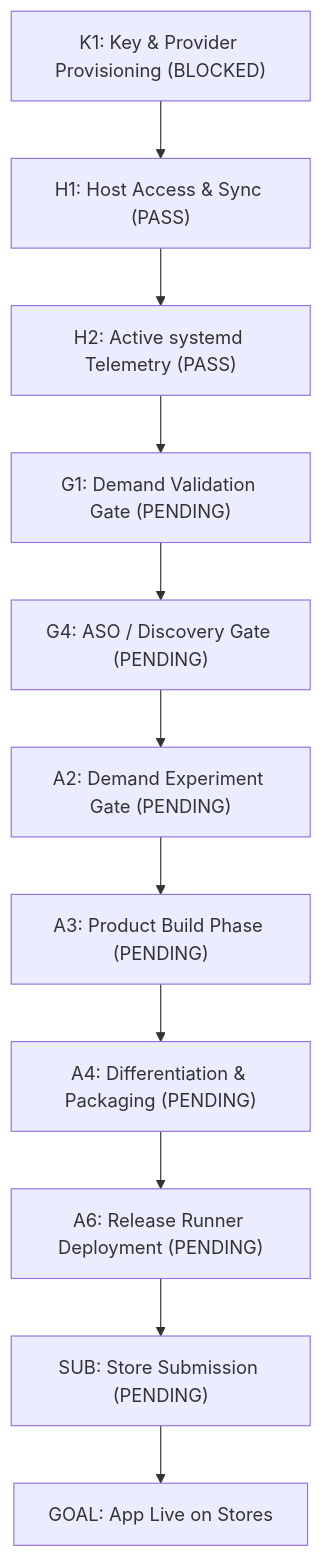
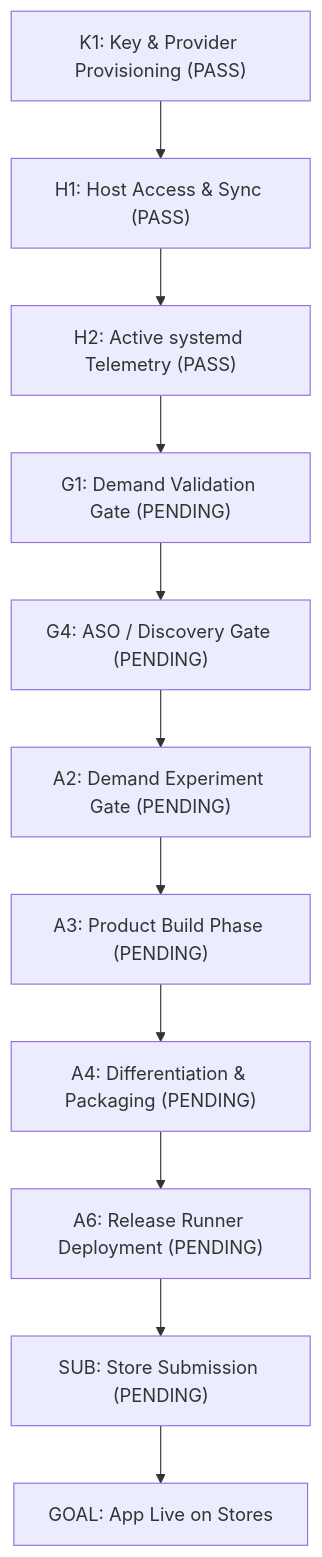
The diagram in docs/pert/CONSUMER_APPSTORE_PERT_TO_GOAL.md (hochster71/hoch_agent_swarm), drawn with Mermaid before and after one commit. The commit also changed other lines of this file and 120 other files, not shown here.

````diff
--- a/docs/pert/CONSUMER_APPSTORE_PERT_TO_GOAL.md
+++ b/docs/pert/CONSUMER_APPSTORE_PERT_TO_GOAL.md
@@ -9,25 +9,25 @@
 ```mermaid
 graph TD
-  K1["K1: Key & Provider Provisioning (BLOCKED)"]
+  K1["K1: Key & Provider Provisioning (PASS)"]
   H1["H1: Host Access & Sync (PASS)"]
   H2["H2: Active systemd Telemetry (PASS)"]
   G1["G1: Demand Validation Gate (PENDING)"]
   G4["G4: ASO / Discovery Gate (PENDING)"]
   A2["A2: Demand Experiment Gate (PENDING)"]
   A3["A3: Product Build Phase (PENDING)"]
   A4["A4: Differentiation & Packaging (PENDING)"]
   A6["A6: Release Runner Deployment (PENDING)"]
   SUB["SUB: Store Submission (PENDING)"]
   GOAL["GOAL: App Live on Stores"]
 
   K1 --> H1
   H1 --> H2
   H2 --> G1
   G1 --> G4
   G4 --> A2
   A2 --> A3
   A3 --> A4
   A4 --> A6
   A6 --> SUB
   SUB --> GOAL
 ```
````
